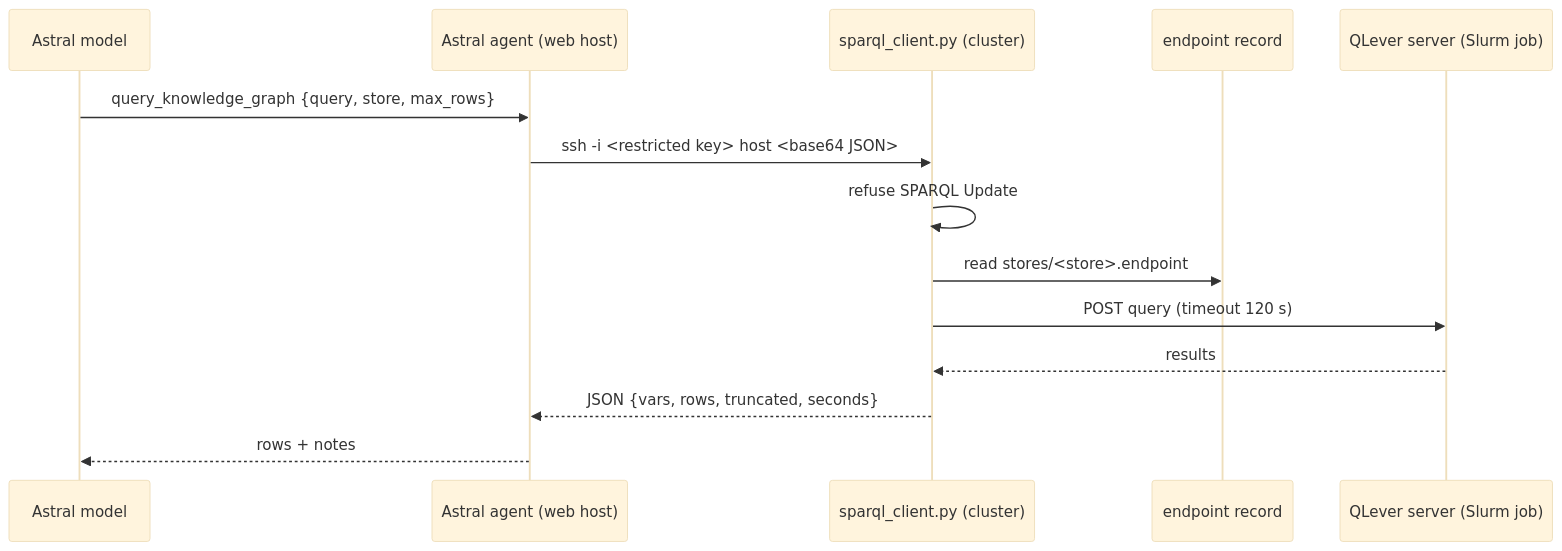
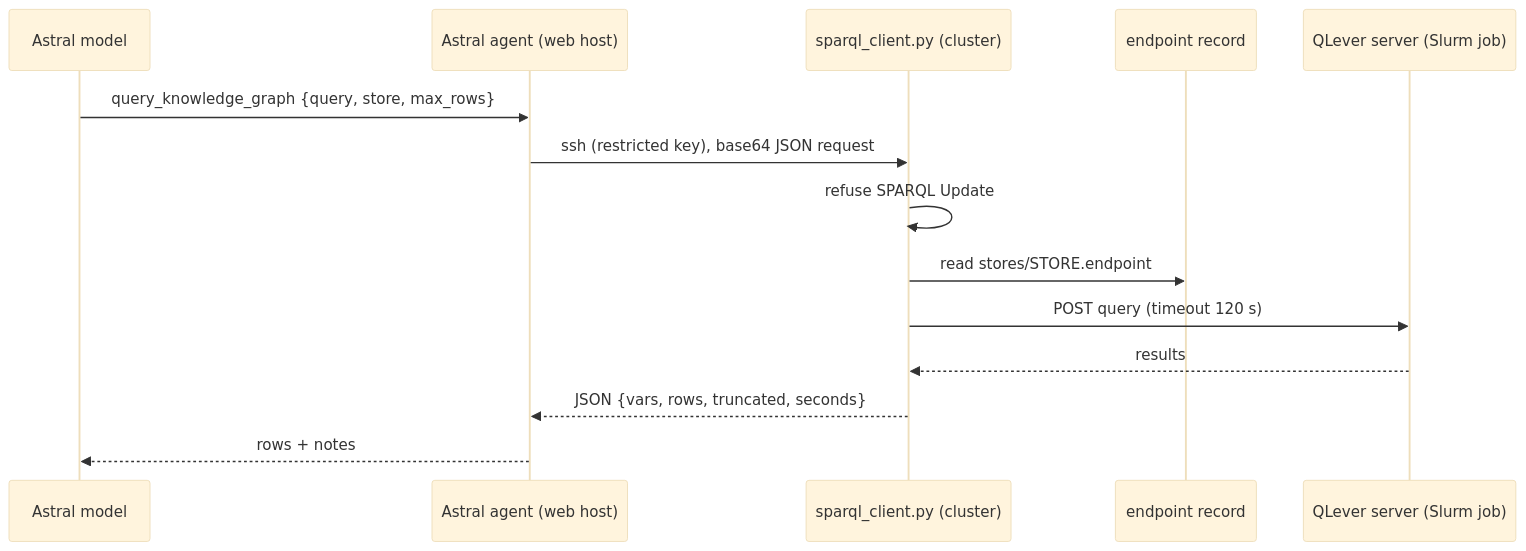
Before and after one commit to ThePanAtlas/docs: the diagram in docs/system/astral.md, drawn with Mermaid (base theme). The commit also changed 18 other files, not shown here.

````diff
--- a/docs/system/astral.md
+++ b/docs/system/astral.md
@@ -94,16 +94,16 @@
 ```mermaid
 sequenceDiagram
   participant M as Astral model
   participant A as Astral agent (web host)
   participant C as sparql_client.py (cluster)
   participant E as endpoint record
   participant Q as QLever server (Slurm job)
   M->>A: query_knowledge_graph {query, store, max_rows}
-  A->>C: ssh -i <restricted key> host <base64 JSON>
+  A->>C: ssh (restricted key), base64 JSON request
   C->>C: refuse SPARQL Update
-  C->>E: read stores/<store>.endpoint
+  C->>E: read stores/STORE.endpoint
   C->>Q: POST query (timeout 120 s)
   Q-->>C: results
   C-->>A: JSON {vars, rows, truncated, seconds}
   A-->>M: rows + notes
 ```
````
